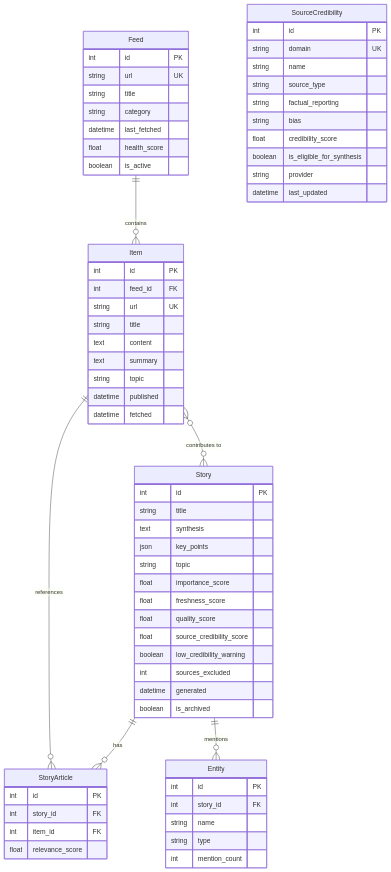
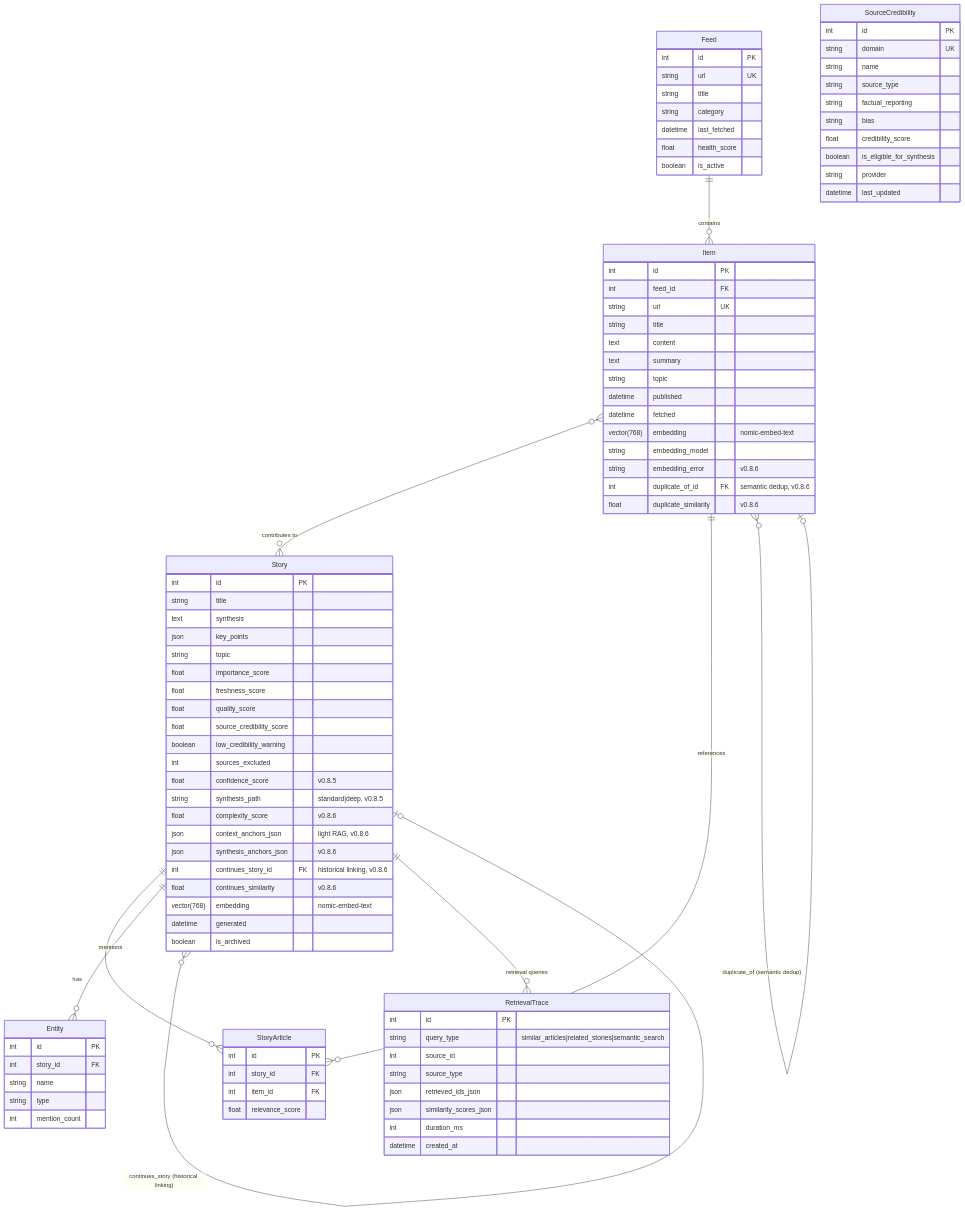
Before and after one commit to Deim0s13/newsbrief: the fifth of 11 diagrams in docs/ARCHITECTURE.md, drawn with Mermaid. The commit also changed other lines of this file and 21 other files, not shown here.

````diff
--- a/docs/ARCHITECTURE.md
+++ b/docs/ARCHITECTURE.md
@@ -591,6 +632,9 @@
     Story ||--o{ StoryArticle : has
     Item ||--o{ StoryArticle : references
     Story ||--o{ Entity : mentions
+    Item }o--o| Item : "duplicate_of (semantic dedup)"
+    Story }o--o| Story : "continues_story (historical linking)"
+    Story ||--o{ RetrievalTrace : "retrieval queries"
 
     Feed {
         int id PK
@@ -612,6 +656,11 @@
         string topic
         datetime published
         datetime fetched
+        vector(768) embedding "nomic-embed-text"
+        string embedding_model
+        string embedding_error "v0.8.6"
+        int duplicate_of_id FK "semantic dedup, v0.8.6"
+        float duplicate_similarity "v0.8.6"
     }
 
     Story {
@@ -626,6 +675,14 @@
         float source_credibility_score
         boolean low_credibility_warning
         int sources_excluded
+        float confidence_score "v0.8.5"
+        string synthesis_path "standard|deep, v0.8.5"
+        float complexity_score "v0.8.6"
+        json context_anchors_json "light RAG, v0.8.6"
+        json synthesis_anchors_json "v0.8.6"
+        int continues_story_id FK "historical linking, v0.8.6"
+        float continues_similarity "v0.8.6"
+        vector(768) embedding "nomic-embed-text"
         datetime generated
         boolean is_archived
     }
@@ -657,4 +714,15 @@
         string provider
         datetime last_updated
     }
+
+    RetrievalTrace {
+        int id PK
+        string query_type "similar_articles|related_stories|semantic_search"
+        int source_id
+        string source_type
+        json retrieved_ids_json
+        json similarity_scores_json
+        int duration_ms
+        datetime created_at
+    }
 ```
````
